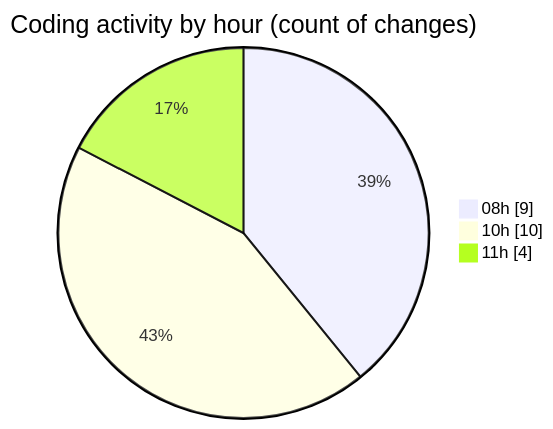
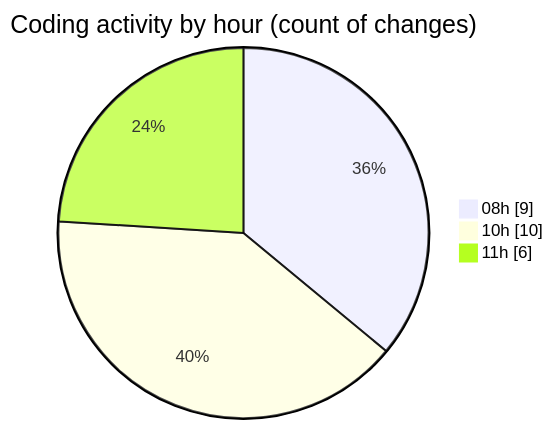
One commit to julien-gomy/code-tracking changed the second of 2 diagrams in 2025-11-04/cdp_aleoudev_fr__workspace_/README.md. Above: the diagram before and after it, drawn with Mermaid. The commit also changed other lines of this file and 1 other file, not shown here.

````diff
--- a/2025-11-04/cdp_aleoudev_fr__workspace_/README.md
+++ b/2025-11-04/cdp_aleoudev_fr__workspace_/README.md
@@ -29,7 +29,7 @@
 ```mermaid
 pie showData
 title Coding activity by hour (count of changes)
 "08h" : 9
 "10h" : 10
-"11h" : 4
+"11h" : 6
 ```
````
